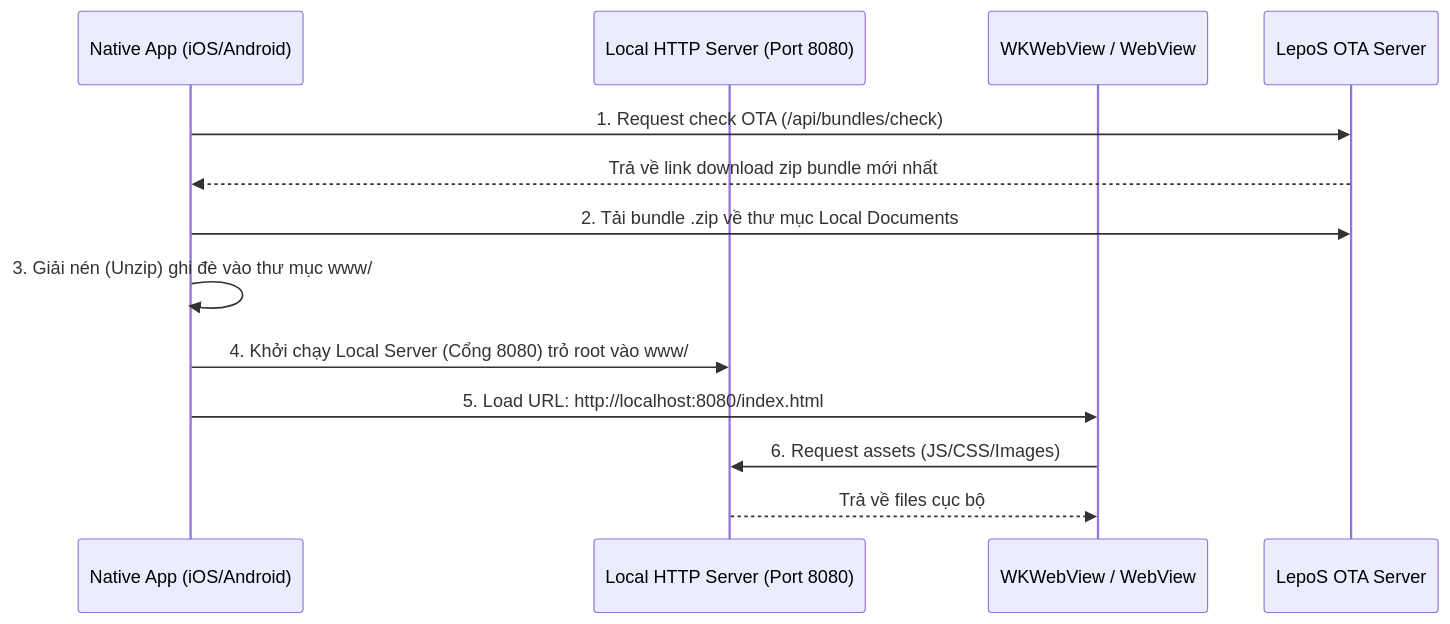
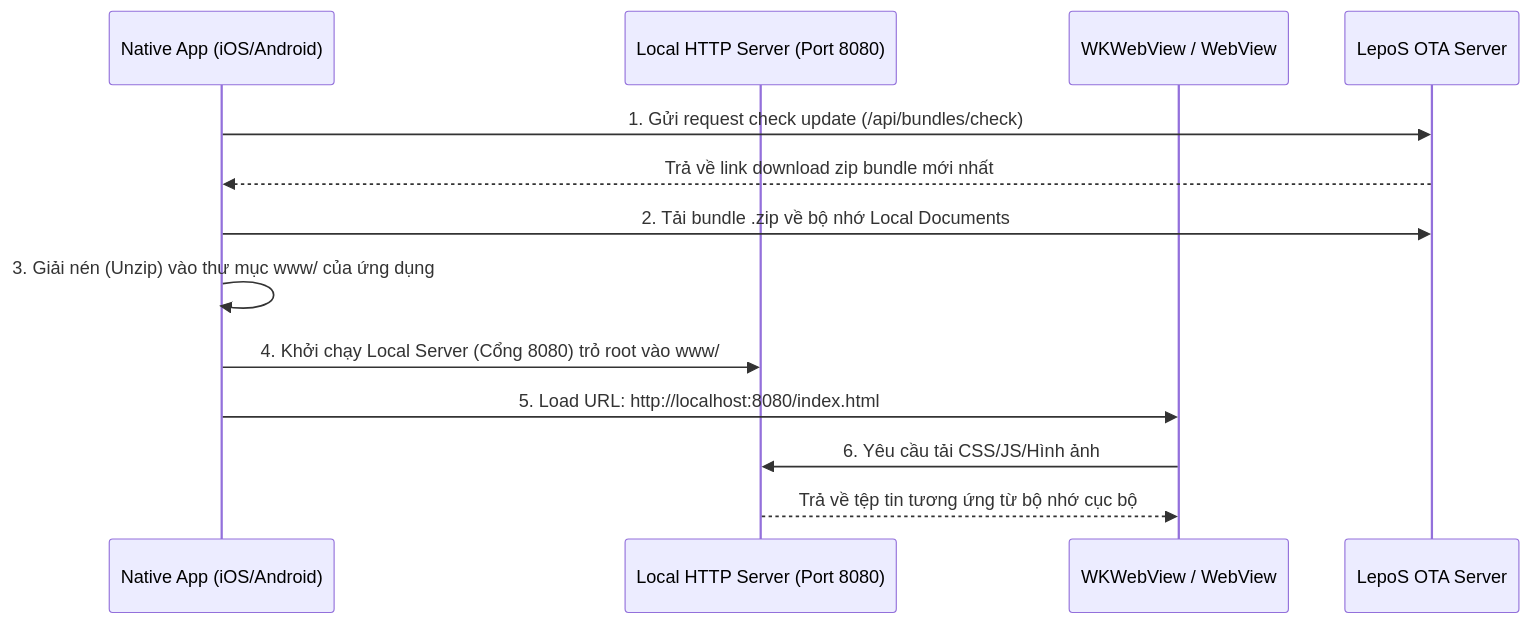
Before and after one commit to namhoangdev31/RustAlgorithmTrading: the diagram in nextjs/docs/mobile_webview_local_server_guide.md, drawn with Mermaid. The commit also changed other lines of this file and 2 other files, not shown here.

Commit message:
docs: update mobile local web server integration guide with detailed implementation steps and refined architectural overview

````diff
--- a/nextjs/docs/mobile_webview_local_server_guide.md
+++ b/nextjs/docs/mobile_webview_local_server_guide.md
@@ -9,16 +16,16 @@
 ```mermaid
 sequenceDiagram
     participant OS as Native App (iOS/Android)
     participant Server as Local HTTP Server (Port 8080)
     participant WV as WKWebView / WebView
     participant OTA as LepoS OTA Server
 
-    OS->>OTA: 1. Request check OTA (/api/bundles/check)
+    OS->>OTA: 1. Gửi request check update (/api/bundles/check)
     OTA-->>OS: Trả về link download zip bundle mới nhất
-    OS->>OTA: 2. Tải bundle .zip về thư mục Local Documents
-    OS->>OS: 3. Giải nén (Unzip) ghi đè vào thư mục www/
+    OS->>OTA: 2. Tải bundle .zip về bộ nhớ Local Documents
+    OS->>OS: 3. Giải nén (Unzip) vào thư mục www/ của ứng dụng
     OS->>Server: 4. Khởi chạy Local Server (Cổng 8080) trỏ root vào www/
     OS->>WV: 5. Load URL: http://localhost:8080/index.html
-    WV->>Server: 6. Request assets (JS/CSS/Images)
-    Server-->>WV: Trả về files cục bộ
+    WV->>Server: 6. Yêu cầu tải CSS/JS/Hình ảnh
+    Server-->>WV: Trả về tệp tin tương ứng từ bộ nhớ cục bộ
 ```
````
